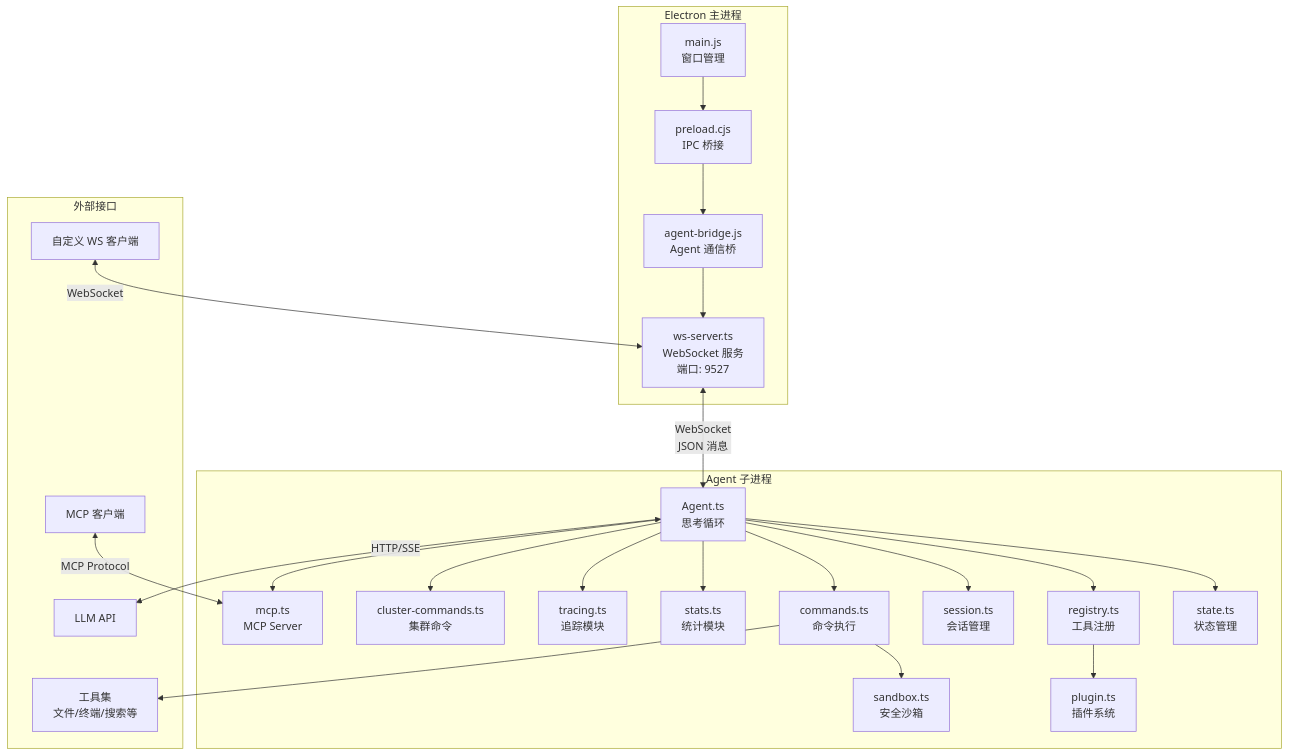
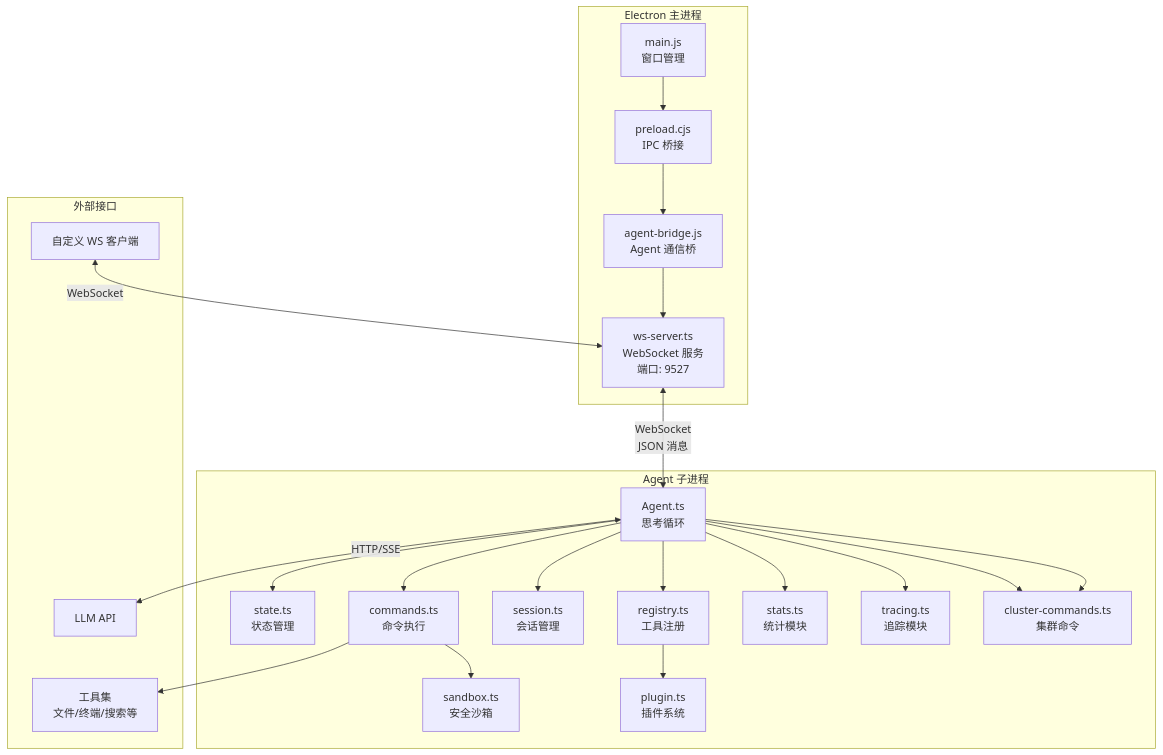
Before and after one commit to 1486853830/CogitoAgent: the first of 7 diagrams in introduction/architecture.md, drawn with Mermaid. The commit also changed other lines of this file and 55 other files, not shown here.

````diff
--- a/introduction/architecture.md
+++ b/introduction/architecture.md
@@ -28,52 +27,49 @@
 ```mermaid
 flowchart TB
     subgraph Electron["Electron 主进程"]
         Main["main.js<br/>窗口管理"]
         Preload["preload.cjs<br/>IPC 桥接"]
         Bridge["agent-bridge.js<br/>Agent 通信桥"]
         WSServer["ws-server.ts<br/>WebSocket 服务<br/>端口: 9527"]
     end
 
     subgraph Subprocess["Agent 子进程"]
         Agent["Agent.ts<br/>思考循环"]
         State["state.ts<br/>状态管理"]
         Registry["registry.ts<br/>工具注册"]
         Session["session.ts<br/>会话管理"]
         Commands["commands.ts<br/>命令执行"]
         Sandbox["sandbox.ts<br/>安全沙箱"]
         Stats["stats.ts<br/>统计模块"]
         Tracing["tracing.ts<br/>追踪模块"]
         Cluster["cluster-commands.ts<br/>集群命令"]
-        MCP["mcp.ts<br/>MCP Server"]
         Plugin["plugin.ts<br/>插件系统"]
     end
 
     subgraph External["外部接口"]
         LLM["LLM API"]
         Tools["工具集<br/>文件/终端/搜索等"]
         WSClient["自定义 WS 客户端"]
-        MCPClient["MCP 客户端"]
     end
 
     Main --> Preload
     Preload --> Bridge
     Bridge --> WSServer
 
     Agent --> State
     Agent --> Registry
     Agent --> Session
     Agent --> Commands
     Agent --> Stats
     Agent --> Tracing
     Commands --> Sandbox
     Agent --> Cluster
     Registry --> Plugin
-    Agent --> MCP
+    Agent --> Cluster
 
     WSServer <-->|"WebSocket<br/>JSON 消息"| Agent
 
     Agent <-->|"HTTP/SSE"| LLM
     Commands --> Tools
     WSClient <-->|"WebSocket"| WSServer
-    MCPClient <-->|"MCP Protocol"| MCP
 ```
````
